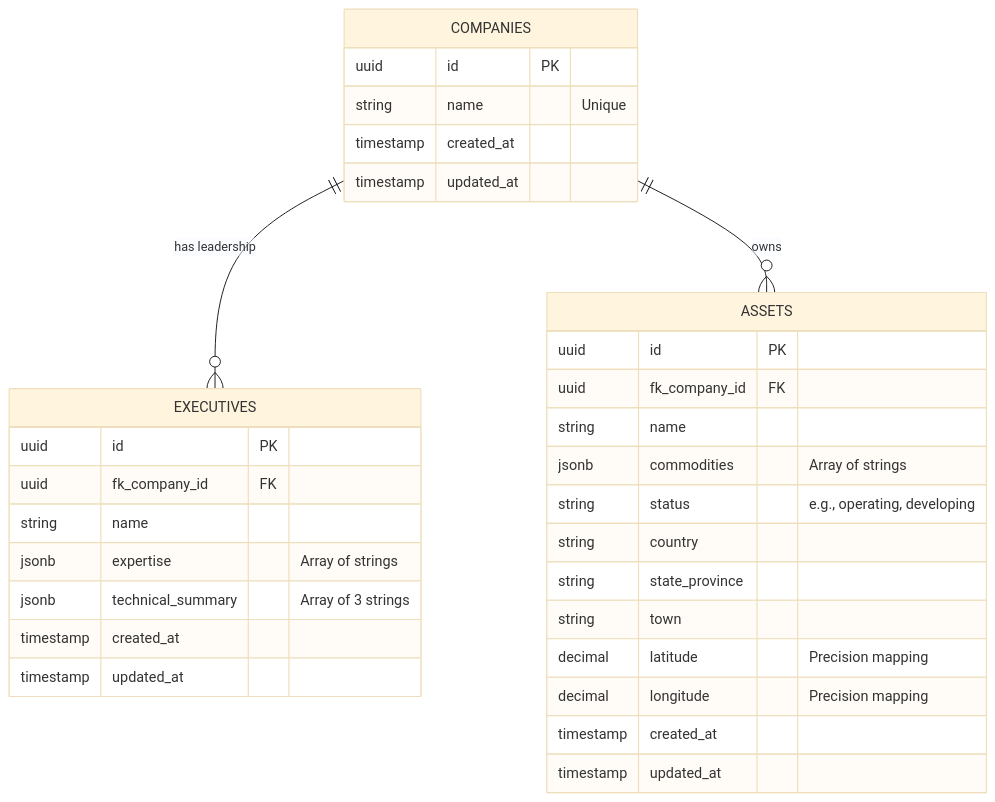
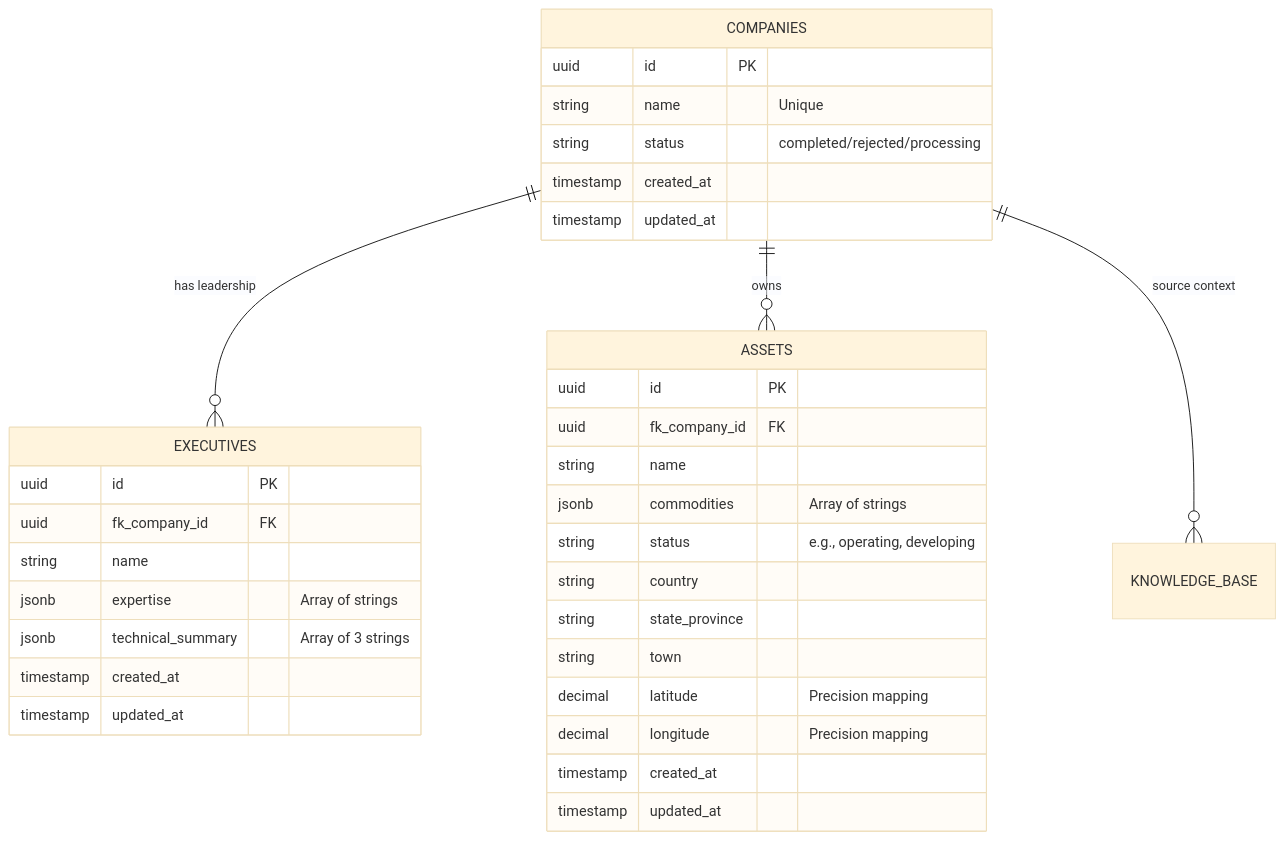
One commit to kingban00/mining-pipeline changed the diagram in README.md. Above: the diagram before and after it, drawn with Mermaid (base theme). The commit also changed other lines of this file and 1 other file, not shown here.

Commit message:
docs: update architecture, cost analysis and final readme details

````diff
--- a/README.md
+++ b/README.md
@@ -42,37 +41,39 @@
 ```mermaid
 erDiagram
     COMPANIES ||--o{ EXECUTIVES : "has leadership"
     COMPANIES ||--o{ ASSETS : "owns"
+    COMPANIES ||--o{ KNOWLEDGE_BASE : "source context"
 
     COMPANIES {
         uuid id PK
         string name "Unique"
+        string status "completed/rejected/processing"
         timestamp created_at
         timestamp updated_at
     }
 
     EXECUTIVES {
         uuid id PK
         uuid fk_company_id FK
         string name
         jsonb expertise "Array of strings"
         jsonb technical_summary "Array of 3 strings"
         timestamp created_at
         timestamp updated_at
     }
 
     ASSETS {
         uuid id PK
         uuid fk_company_id FK
         string name
         jsonb commodities "Array of strings"
         string status "e.g., operating, developing"
         string country
         string state_province
         string town
         decimal latitude "Precision mapping"
         decimal longitude "Precision mapping"
         timestamp created_at
         timestamp updated_at
     }
 ```
````
